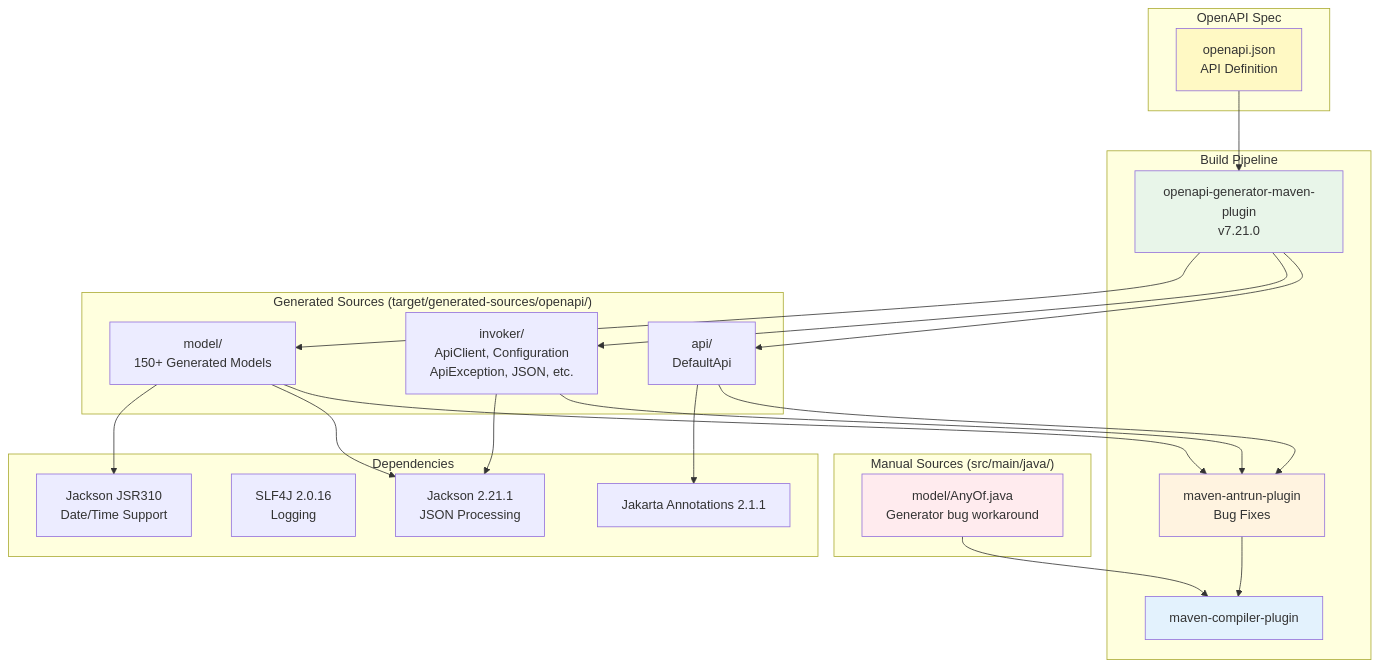
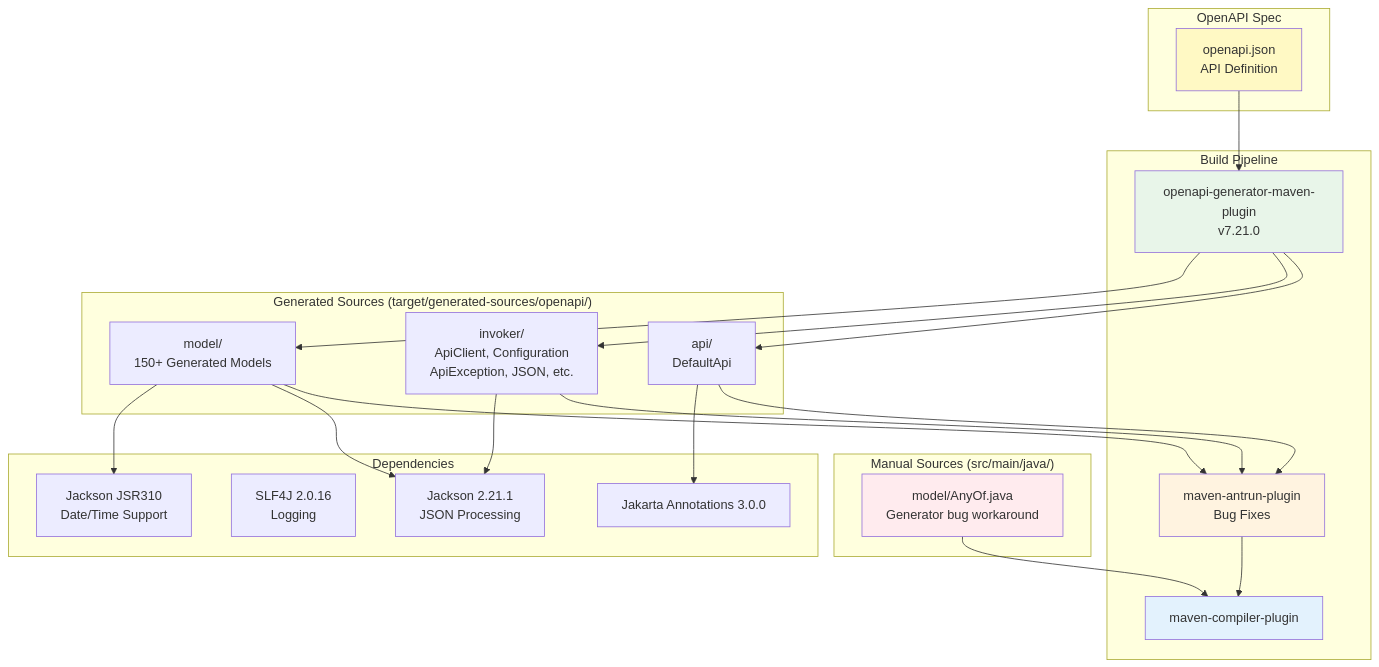
The diagram in sdk/AGENTS.md (alexheadliner/opencode-java-sdk), drawn with Mermaid before and after one commit. The commit also changed other lines of this file and 4 other files, not shown here.

````diff
--- a/sdk/AGENTS.md
+++ b/sdk/AGENTS.md
@@ -11,49 +11,49 @@
 ```mermaid
 flowchart TB
     subgraph "OpenAPI Spec"
         SPEC["openapi.json<br/>API Definition"]
     end
 
     subgraph "Build Pipeline"
         GEN["openapi-generator-maven-plugin<br/>v7.21.0"]
         FIX["maven-antrun-plugin<br/>Bug Fixes"]
         COMPILE["maven-compiler-plugin"]
     end
 
     subgraph "Generated Sources (target/generated-sources/openapi/)"
         API["api/<br/>DefaultApi"]
         INVOKER["invoker/<br/>ApiClient, Configuration<br/>ApiException, JSON, etc."]
         MODELS["model/<br/>150+ Generated Models"]
     end
 
     subgraph "Manual Sources (src/main/java/)"
         ANYOF["model/AnyOf.java<br/>Generator bug workaround"]
     end
 
     subgraph "Dependencies"
         JACKSON["Jackson 2.21.1<br/>JSON Processing"]
         SLF4J["SLF4J 2.0.16<br/>Logging"]
-        JAKARTA["Jakarta Annotations 2.1.1"]
+JAKARTA["Jakarta Annotations 3.0.0"]
         JSR310["Jackson JSR310<br/>Date/Time Support"]
     end
 
     SPEC --> GEN
     GEN --> API
     GEN --> INVOKER
     GEN --> MODELS
     API --> FIX
     INVOKER --> FIX
     MODELS --> FIX
     FIX --> COMPILE
     ANYOF --> COMPILE
     INVOKER --> JACKSON
     MODELS --> JACKSON
     MODELS --> JSR310
     API --> JAKARTA
 
     style SPEC fill:#fff9c4
     style GEN fill:#e8f5e9
     style FIX fill:#fff3e0
     style COMPILE fill:#e3f2fd
     style ANYOF fill:#ffebee
 ```
````
